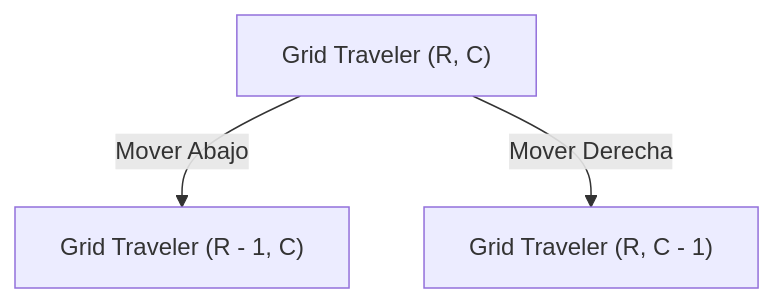
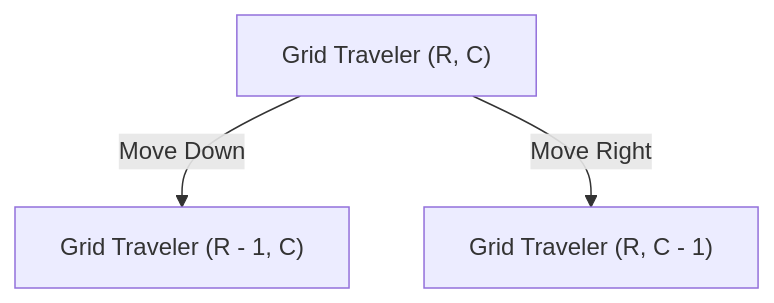
The second of 2 diagrams in 05_RecursionAlgorithms/theory/L33_Memoization.md (MiniLux0/LearningCpp), drawn with Mermaid before and after one commit. The commit also changed other lines of this file and 13 other files, not shown here.

Commit message:
Refactor Section 05: English translation & programmatic SVG algorithmic diagrams

````diff
--- a/05_RecursionAlgorithms/theory/L33_Memoization.md
+++ b/05_RecursionAlgorithms/theory/L33_Memoization.md
@@ -134,6 +118,6 @@
 ```mermaid
 graph TD
     G["Grid Traveler (R, C)"]
-    G -->|"Mover Abajo"| DOWN["Grid Traveler (R - 1, C)"]
-    G -->|"Mover Derecha"| RIGHT["Grid Traveler (R, C - 1)"]
+    G -->|"Move Down"| DOWN["Grid Traveler (R - 1, C)"]
+    G -->|"Move Right"| RIGHT["Grid Traveler (R, C - 1)"]
 ```
````
